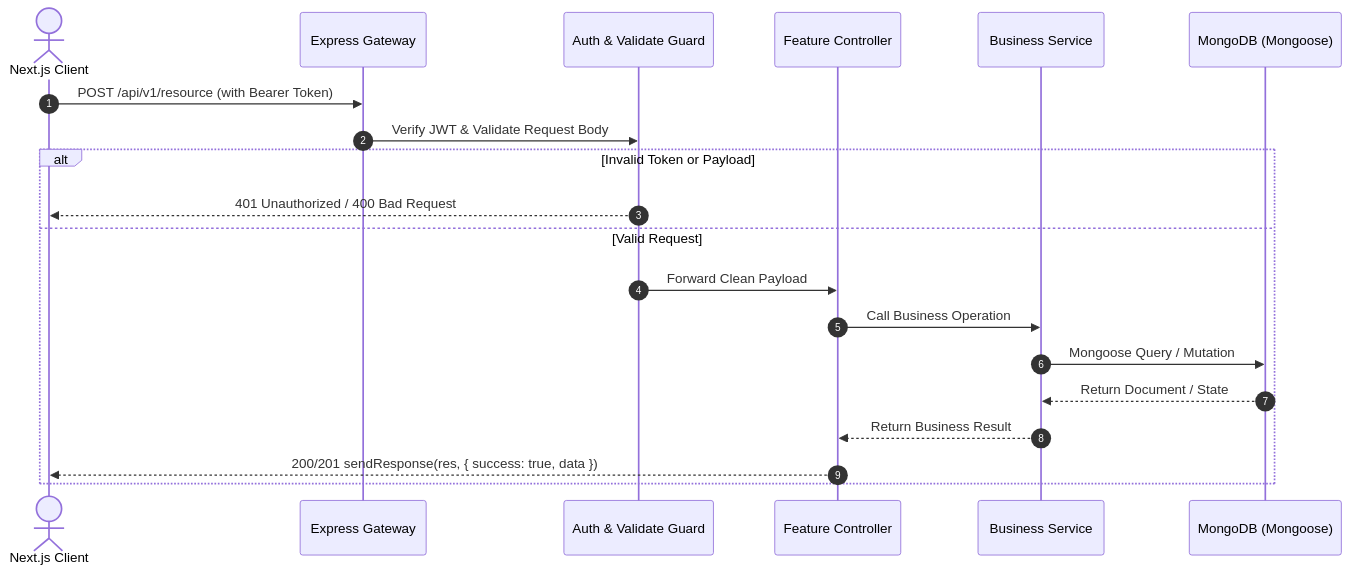
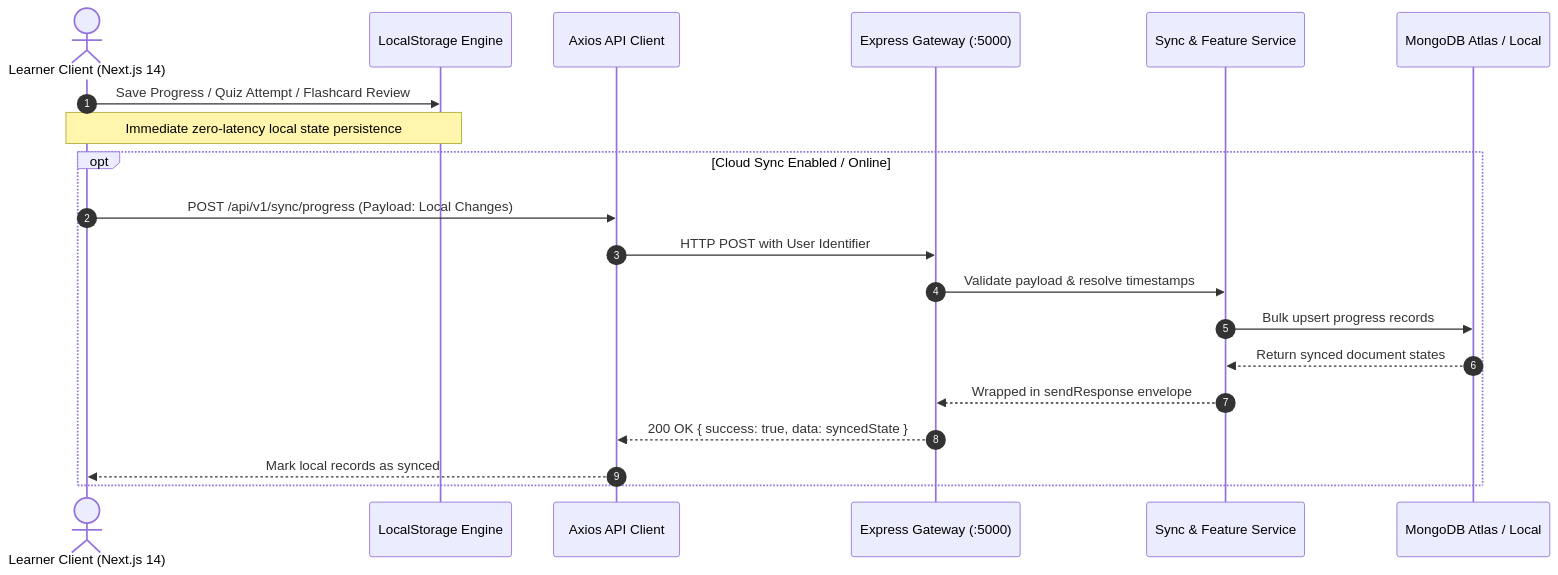
The third of 4 diagrams in PRD_AND_PLAN.md (YEL-59/Nihongo-Journey), drawn with Mermaid before and after one commit. The commit also changed other lines of this file and 47 other files, not shown here.

````diff
--- a/PRD_AND_PLAN.md
+++ b/PRD_AND_PLAN.md
@@ -85,23 +111,24 @@
 ```mermaid
 sequenceDiagram
     autonumber
-    actor Client as Next.js Client
-    participant Express as Express Gateway
-    participant Guard as Auth & Validate Guard
-    participant Controller as Feature Controller
-    participant Service as Business Service
-    participant DB as MongoDB (Mongoose)
+    actor Learner as Learner Client (Next.js 14)
+    participant LocalCache as LocalStorage Engine
+    participant ApiClient as Axios API Client
+    participant Express as Express Gateway (:5000)
+    participant Service as Sync & Feature Service
+    participant Mongo as MongoDB Atlas / Local
 
-    Client->>Express: POST /api/v1/resource (with Bearer Token)
-    Express->>Guard: Verify JWT & Validate Request Body
-    alt Invalid Token or Payload
-        Guard-->>Client: 401 Unauthorized / 400 Bad Request
-    else Valid Request
-        Guard->>Controller: Forward Clean Payload
-        Controller->>Service: Call Business Operation
-        Service->>DB: Mongoose Query / Mutation
-        DB-->>Service: Return Document / State
-        Service-->>Controller: Return Business Result
-        Controller-->>Client: 200/201 sendResponse(res, { success: true, data })
+    Learner->>LocalCache: Save Progress / Quiz Attempt / Flashcard Review
+    Note over Learner,LocalCache: Immediate zero-latency local state persistence
+
+    opt Cloud Sync Enabled / Online
+        Learner->>ApiClient: POST /api/v1/sync/progress (Payload: Local Changes)
+        ApiClient->>Express: HTTP POST with User Identifier
+        Express->>Service: Validate payload & resolve timestamps
+        Service->>Mongo: Bulk upsert progress records
+        Mongo-->>Service: Return synced document states
+        Service-->>Express: Wrapped in sendResponse envelope
+        Express-->>ApiClient: 200 OK { success: true, data: syncedState }
+        ApiClient-->>Learner: Mark local records as synced
     end
 ```
````
